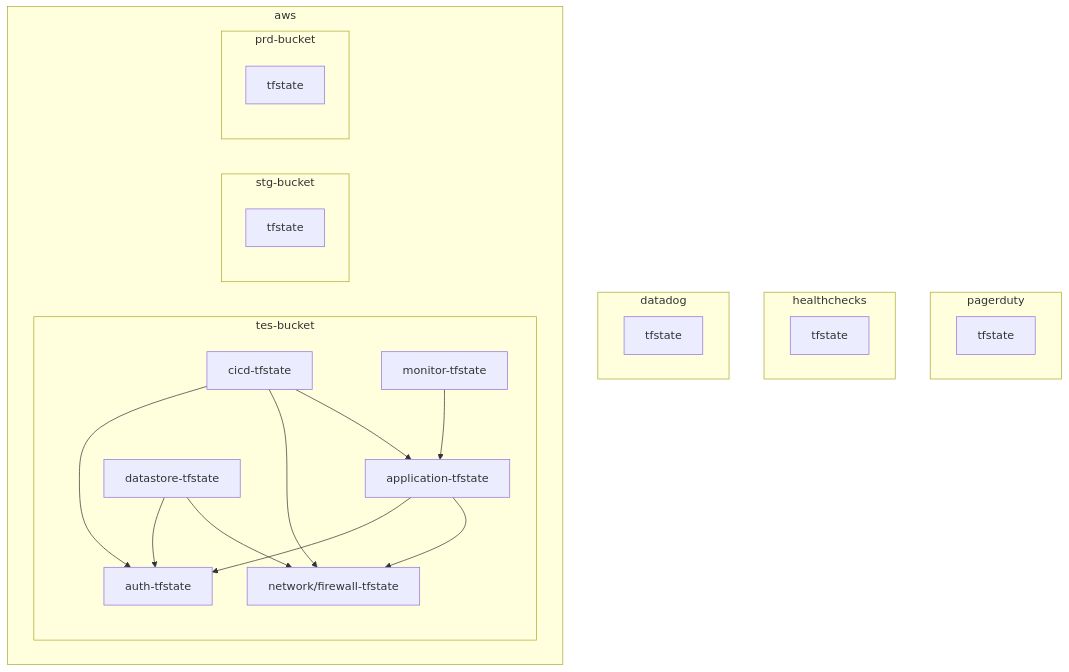
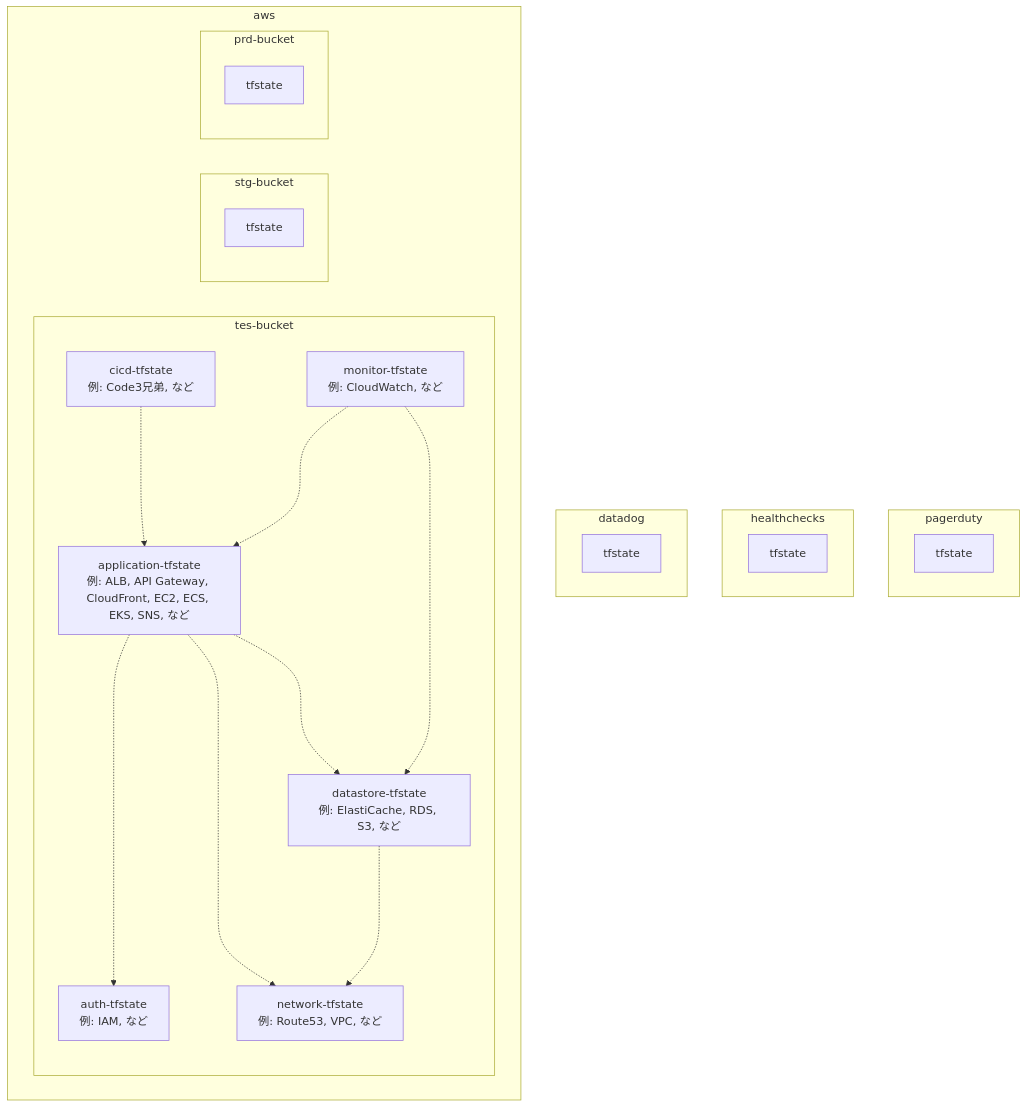
Before and after one commit to hiroki-it/tech-notebook: the sixth of 8 diagrams in docs/infrastructure_as_code/infrastructure_as_code_terraform_policy_tfstate.md, drawn with Mermaid. The commit also changed other lines of this file and 2 other files, not shown here.

````diff
--- a/docs/infrastructure_as_code/infrastructure_as_code_terraform_policy_tfstate.md
+++ b/docs/infrastructure_as_code/infrastructure_as_code_terraform_policy_tfstate.md
@@ -752,32 +957,36 @@
 ```mermaid
-graph TB
+%%{init:{'theme':'natural'}}%%
+flowchart TB
     subgraph pagerduty
         Pagerduty[tfstate]
     end
     subgraph healthchecks
         Healthchecks[tfstate]
     end
     subgraph datadog
         Datadog[tfstate]
     end
     subgraph aws
-    subgraph tes-bucket
-        Cicd[cicd-tfstate]-->Application
-        Cicd[cicd-tfstate]-->Network
-        Cicd[cicd-tfstate]-->Auth
-        Application[application-tfstate]-->Network
-        Application[application-tfstate]-->Auth
-        Datastore[datastore-tfstate]-->Network
-        Datastore[datastore-tfstate]-->Auth
-        Monitor[monitor-tfstate]-->Application
-        Network[network/firewall-tfstate]
-        Auth[auth-tfstate]
-    end
+        subgraph tes-bucket
+            Application[application-tfstate<br>例: ALB, API Gateway, CloudFront, EC2, ECS, EKS, SNS, など]
+            Auth[auth-tfstate<br>例: IAM, など]
+            Cicd[cicd-tfstate<br>例: Code3兄弟, など]
+            Monitor[monitor-tfstate<br>例: CloudWatch, など]
+            Network[network-tfstate<br>例: Route53, VPC, など]
+            Datastore[datastore-tfstate<br>例: ElastiCache, RDS, S3, など]
+            Application-....->Auth
+            Application-..->Datastore
+            Application-...->Network
+            Cicd-..->Application
+            Datastore-..->Network
+            Monitor-..->Application
+            Monitor-..->Datastore
+       end
     subgraph stg-bucket
-        Stg[tfstate]
+        Stgtfstate[tfstate]
     end
     subgraph prd-bucket
-        Prd[tfstate]
+        Prdtfstate[tfstate]
     end
     end
 ```
````
